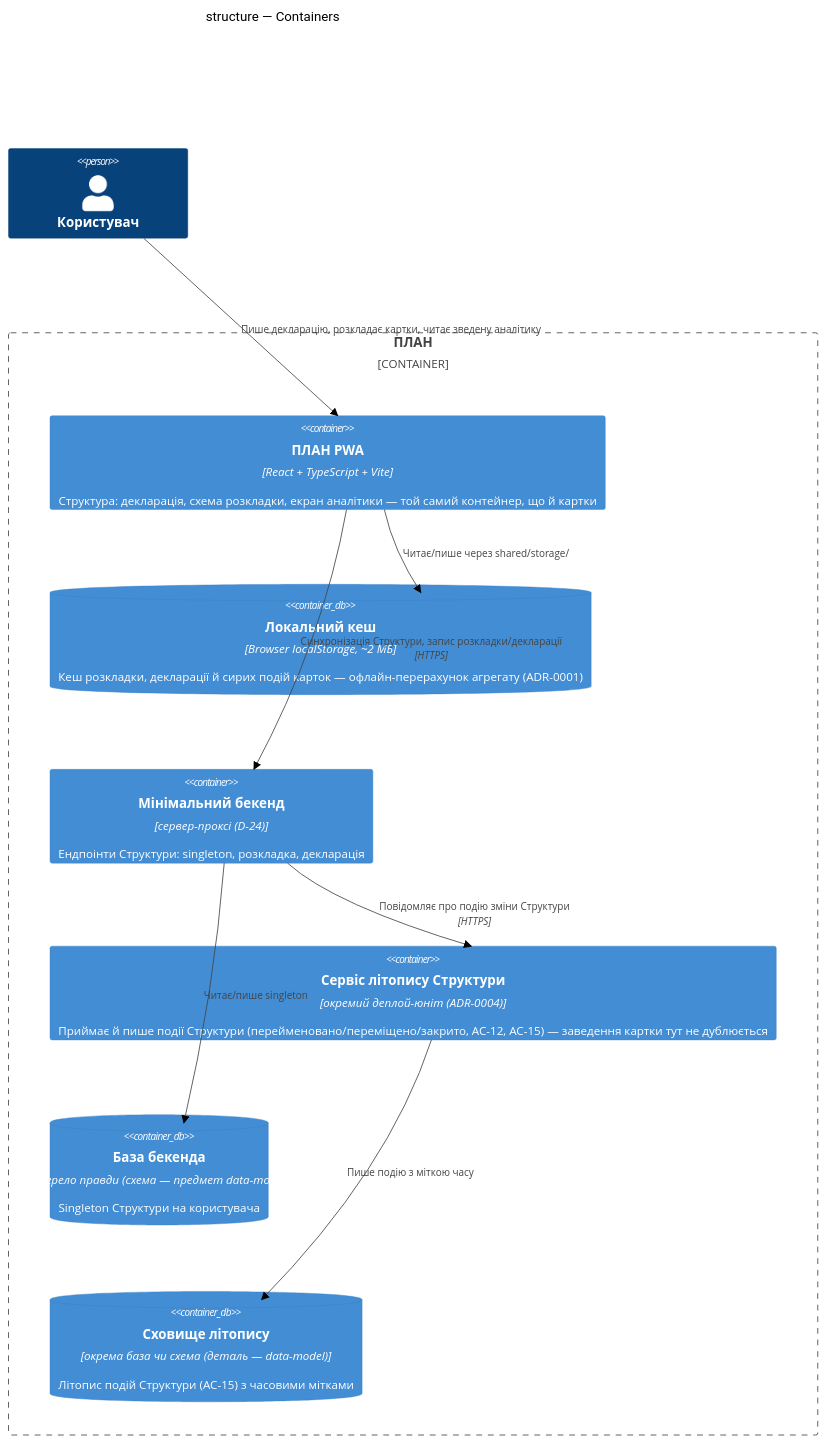
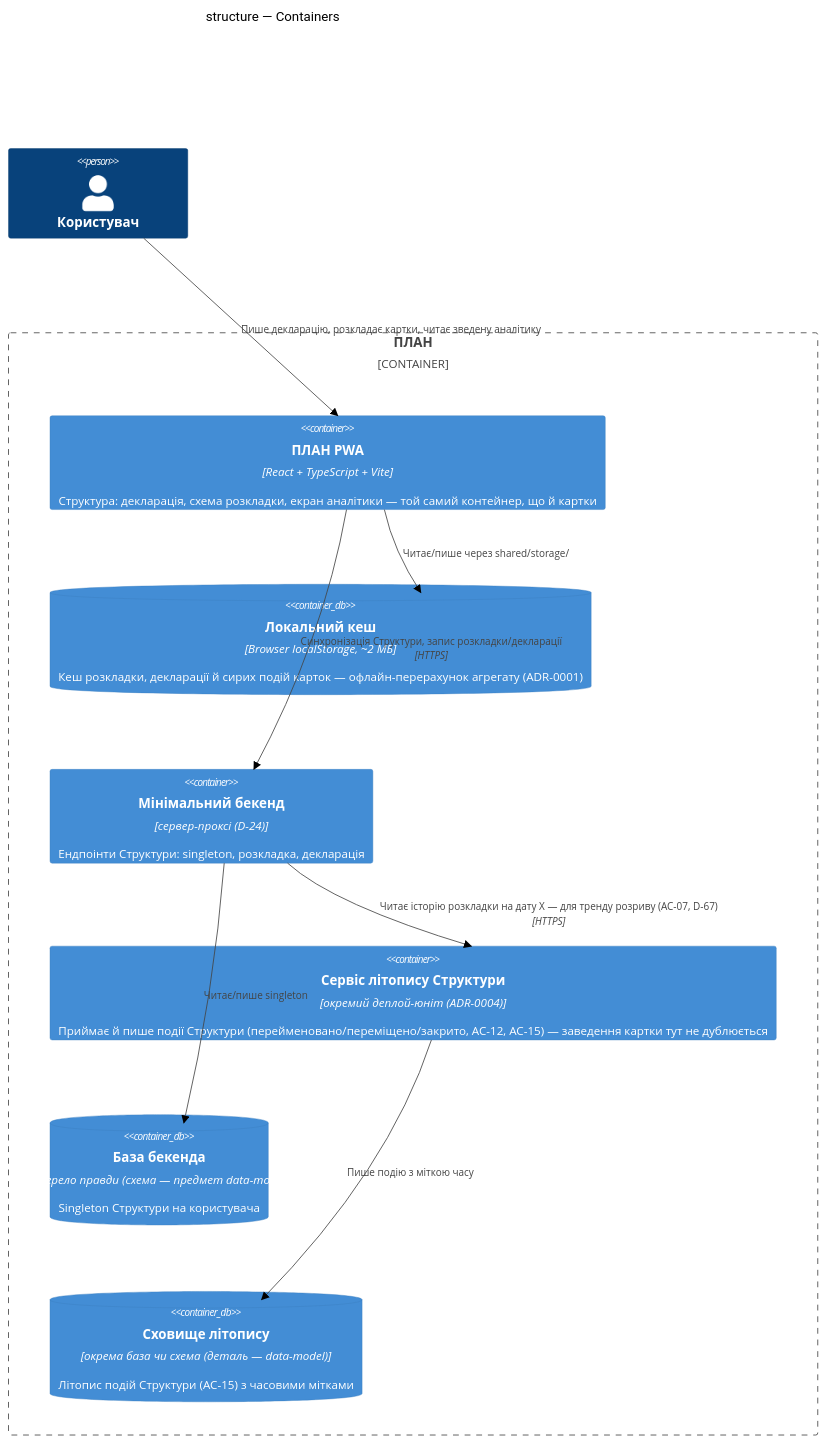
One commit to danyllukandrey-cloud/claude-workspace changed the second of 12 diagrams in docs/features/structure/sad.md. Above: the diagram before and after it, drawn with Mermaid (forest theme). The commit also changed other lines of this file and 1 other file, not shown here.

First line of the commit message:
docs(structure): сервіс літопису отримує читання для тренду розриву

````diff
--- a/docs/features/structure/sad.md
+++ b/docs/features/structure/sad.md
@@ -130,22 +130,23 @@
 ```mermaid
 C4Container
     title structure — Containers
 
     Person(user, "Користувач")
 
     Container_Boundary(plan, "ПЛАН") {
         Container(pwa, "ПЛАН PWA", "React + TypeScript + Vite", "Структура: декларація, схема розкладки, екран аналітики — той самий контейнер, що й картки")
         ContainerDb(cache, "Локальний кеш", "Browser localStorage, ~2 МБ", "Кеш розкладки, декларації й сирих подій карток — офлайн-перерахунок агрегату (ADR-0001)")
         Container(backend, "Мінімальний бекенд", "сервер-проксі (D-24)", "Ендпоінти Структури: singleton, розкладка, декларація")
         Container(historySvc, "Сервіс літопису Структури", "окремий деплой-юніт (ADR-0004)", "Приймає й пише події Структури (перейменовано/переміщено/закрито, AC-12, AC-15) — заведення картки тут не дублюється")
         ContainerDb(store, "База бекенда", "джерело правди (схема — предмет data-model)", "Singleton Структури на користувача")
         ContainerDb(historyStore, "Сховище літопису", "окрема база чи схема (деталь — data-model)", "Літопис подій Структури (AC-15) з часовими мітками")
     }
 
     Rel(user, pwa, "Пише декларацію, розкладає картки, читає зведену аналітику")
     Rel(pwa, cache, "Читає/пише через shared/storage/")
     Rel(pwa, backend, "Синхронізація Структури, запис розкладки/декларації", "HTTPS")
     Rel(backend, store, "Читає/пише singleton")
     Rel(backend, historySvc, "Повідомляє про подію зміни Структури", "HTTPS")
+    Rel(backend, historySvc, "Читає історію розкладки на дату X — для тренду розриву (AC-07, D-67)", "HTTPS")
     Rel(historySvc, historyStore, "Пише подію з міткою часу")
 ```
````
